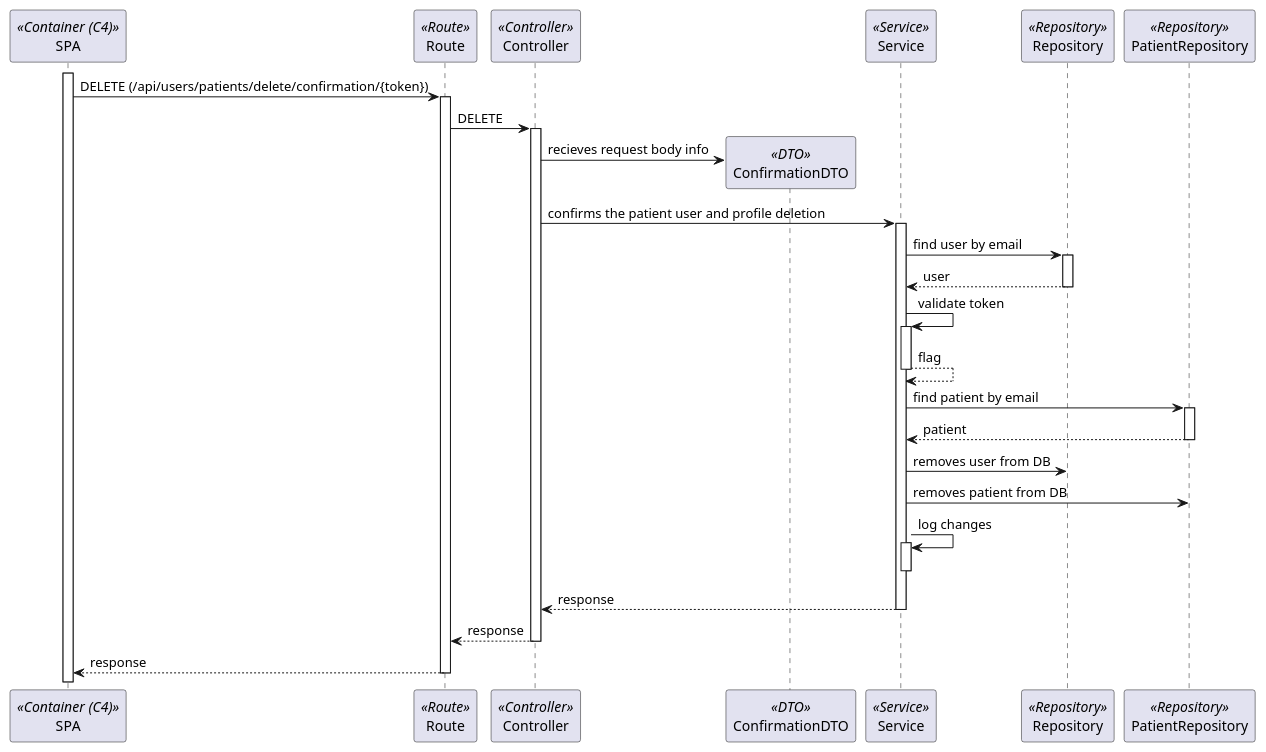
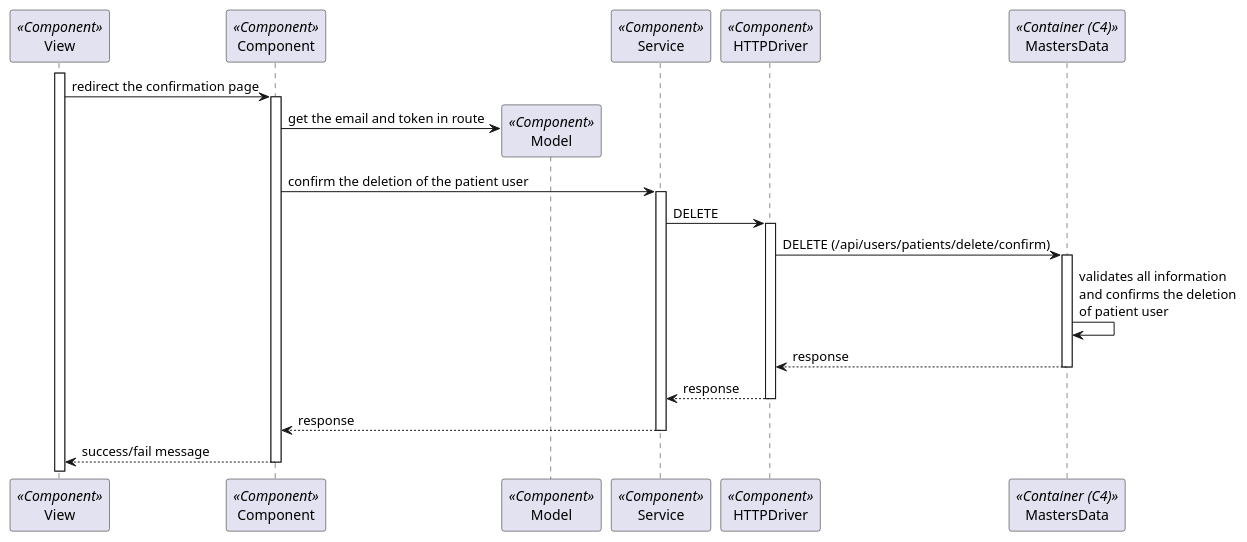
Before and after one commit to Rodrick0209/ISEP-SEM5PI-24-25: the diagram in docs/Sprint_2/Backoffice/US_6.2.3/L3/Process_View_Posterior_Confirmation.puml, drawn with PlantUML. The commit also changed 19 other files, not shown here.

Commit message:
Updated level 3 diagrams for SPA adaptation #25

```diff
--- a/docs/Sprint_2/Backoffice/US_6.2.3/L3/Process_View_Posterior_Confirmation.puml
+++ b/docs/Sprint_2/Backoffice/US_6.2.3/L3/Process_View_Posterior_Confirmation.puml
@@ -2,35 +2,25 @@
 @startuml Process_View_Posterior_Confirmation
-participant SPA as FE <<Container (C4)>>
-participant Route as Route <<Route>>
-participant Controller as Controller <<Controller>>
-participant ConfirmationDTO as ConfirmationDTO <<DTO>>
-participant Service as Service <<Service>>
-participant Repository as Repository <<Repository>>
-participant PatientRepository as PatientRepository <<Repository>>
- 
-activate FE
-FE -> Route : DELETE (/api/users/patients/delete/confirmation/{token})
-activate Route
-Route -> Controller : DELETE
-activate Controller
-Controller -> ConfirmationDTO** : recieves request body info
-Controller -> Service : confirms the patient user and profile deletion
+participant View as View <<Component>>
+participant Component as Component <<Component>>
+participant Model as Model <<Component>>
+participant Service as Service <<Component>>
+participant HTTPDriver as HTTPDriver <<Component>>
+participant MastersData as BE <<Container (C4)>>
+
+activate View
+View -> Component: redirect the confirmation page
+activate Component
+Component -> Model**: get the email and token in route
+Component -> Service: confirm the deletion of the patient user
 activate Service
-Service -> Repository : find user by email
-activate Repository
-return user
-Service -> Service : validate token
-activate Service
-return flag
-Service -> PatientRepository : find patient by email
-activate PatientRepository
-return patient
-Service -> Repository : removes user from DB
-Service -> PatientRepository : removes patient from DB
-Service -> Service: log changes
-activate Service
-deactivate Service
+Service -> HTTPDriver: DELETE
+activate HTTPDriver
+HTTPDriver -> BE: DELETE (/api/users/patients/delete/confirm)
+activate BE
+BE -> BE: validates all information\nand confirms the deletion\nof patient user
 return response
 return response
 return response
+return success/fail message
+
 @enduml
```
